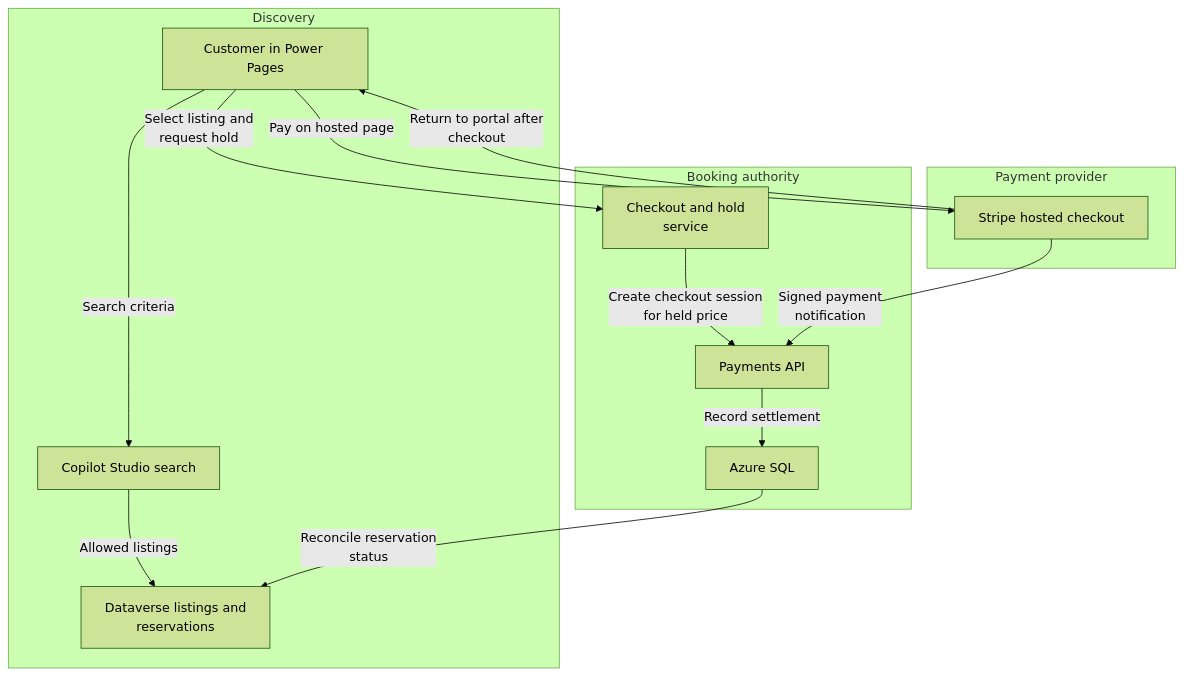
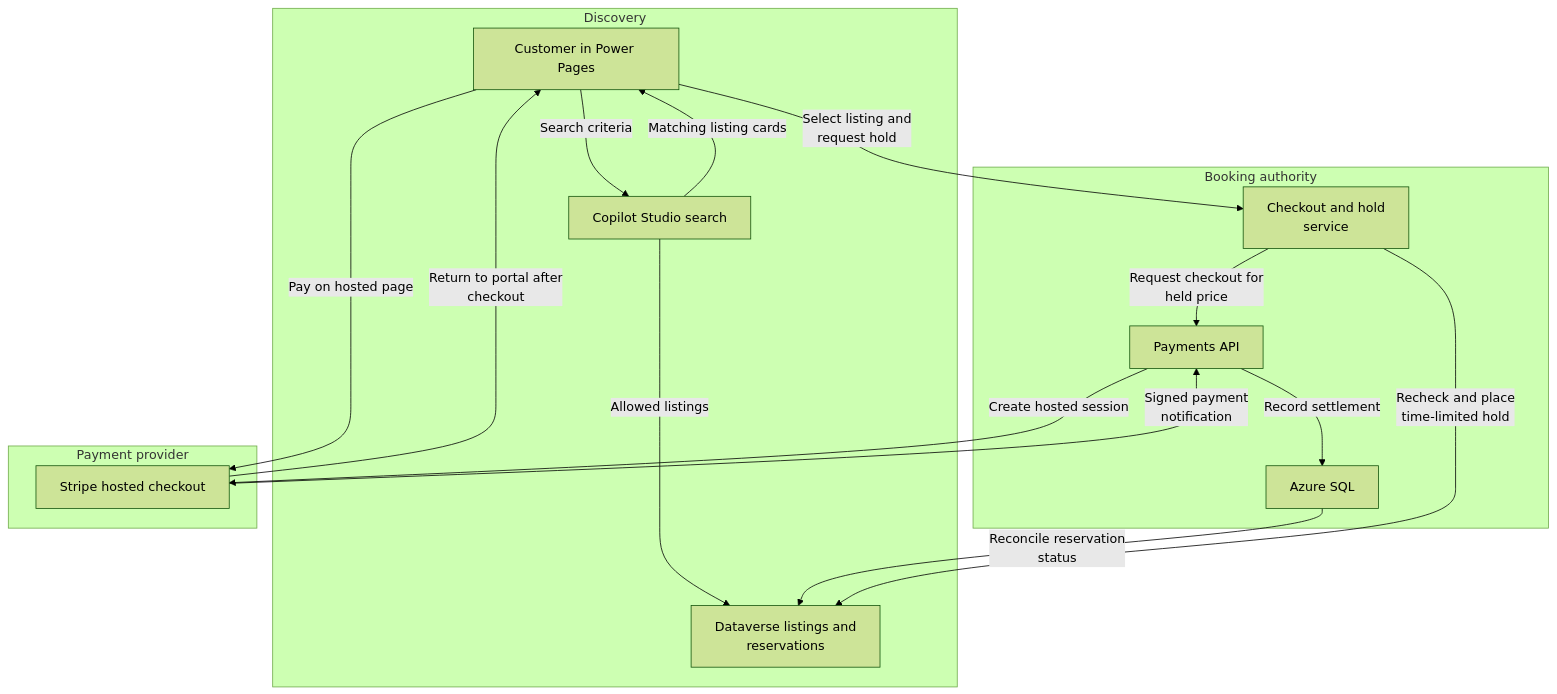
The first of 2 diagrams in solution-ideas/rental-search-checkout.md (abhishek-ai-enabler/copilotstudio-architecture-patterns), drawn with Mermaid (forest theme) before and after one commit. The commit also changed other lines of this file and 41 other files, not shown here.

First line of the commit message:
Review diagrams: add return paths and fix flow accuracy

````diff
--- a/solution-ideas/rental-search-checkout.md
+++ b/solution-ideas/rental-search-checkout.md
@@ -7,27 +7,30 @@
 ```mermaid
 flowchart TB
     accTitle: Rental discovery with a separate reservation and payment path - architecture
     accDescr: Approve chat for discovery, not settlement. A verified payment notification and a reconciled reservation, not the browser redirect, establish a completed booking.
     subgraph group0["Discovery"]
         U["Customer in Power Pages"]
         A["Copilot Studio search"]
         D["Dataverse listings and<br/>reservations"]
     end
     subgraph group3["Booking authority"]
         C["Checkout and hold<br/>service"]
         P["Payments API"]
         S["Azure SQL"]
     end
     subgraph group6["Payment provider"]
         T["Stripe hosted checkout"]
     end
     U -->|"Search criteria"| A
     A -->|"Allowed listings"| D
     U -->|"Select listing and<br/>request hold"| C
-    C -->|"Create checkout session<br/>for held price"| P
+    C -->|"Request checkout for<br/>held price"| P
     U -->|"Pay on hosted page"| T
     T -->|"Return to portal after<br/>checkout"| U
     T -->|"Signed payment<br/>notification"| P
     P -->|"Record settlement"| S
     S -->|"Reconcile reservation<br/>status"| D
+    A -->|"Matching listing cards"| U
+    C -->|"Recheck and place<br/>time-limited hold"| D
+    P -->|"Create hosted session"| T
 ```
````
